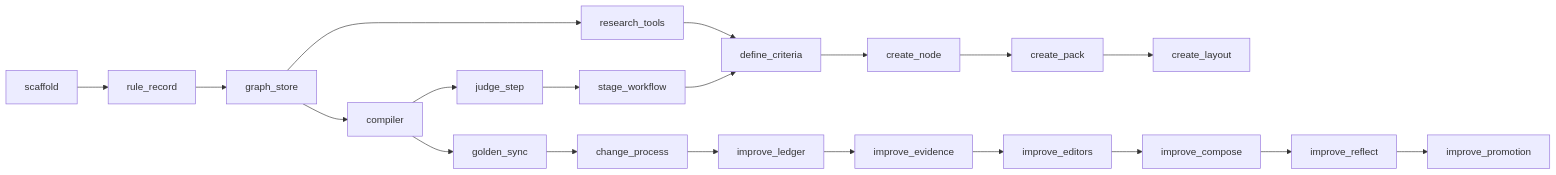
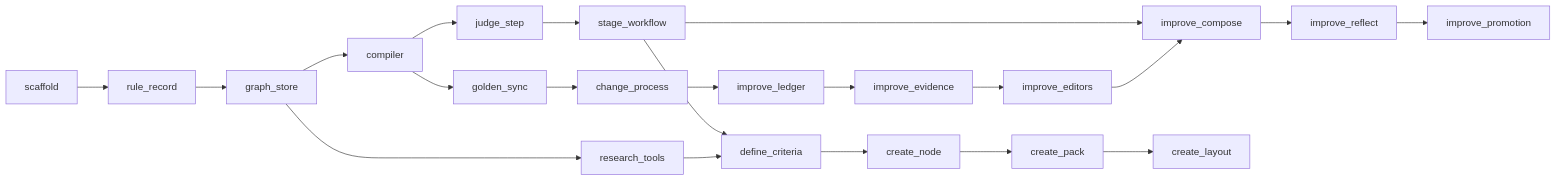
Before and after one commit to Ronitron007/product-eval-harness: the diagram in docs/plans/2026-10-24-harness-plan.md, drawn with Mermaid. The commit also changed other lines of this file and 13 other files, not shown here.

````diff
--- a/docs/plans/2026-10-24-harness-plan.md
+++ b/docs/plans/2026-10-24-harness-plan.md
@@ -19,10 +19,11 @@
 ```mermaid
 flowchart LR
   S[scaffold] --> RR[rule_record] --> GS[graph_store] --> CO[compiler] --> JS[judge_step] --> SW[stage_workflow]
   GS --> RT[research_tools]
   SW --> DC[define_criteria]
+  SW --> IC
   RT --> DC
   DC --> CN[create_node] --> CP[create_pack] --> CL[create_layout]
   CO --> GD[golden_sync] --> CH[change_process]
   CH --> IL[improve_ledger] --> IE[improve_evidence] --> IV[improve_editors] --> IC[improve_compose] --> IR[improve_reflect] --> IP[improve_promotion]
 ```
````
